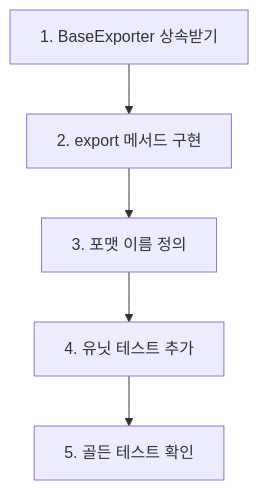
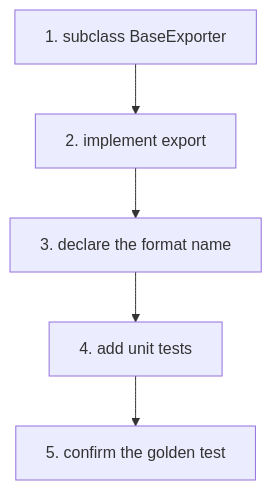
The third of 3 diagrams in AGENTS.md (kpubdata-lab/kpubdata-builder), drawn with Mermaid before and after one commit. The commit also changed other lines of this file, not shown here.

````diff
--- a/AGENTS.md
+++ b/AGENTS.md
@@ -214,7 +240,7 @@
 ```mermaid
 flowchart TD
-    Step1[1. BaseExporter 상속받기] --> Step2[2. export 메서드 구현]
-    Step2 --> Step3[3. 포맷 이름 정의]
-    Step3 --> Step4[4. 유닛 테스트 추가]
-    Step4 --> Step5[5. 골든 테스트 확인]
+    Step1[1. subclass BaseExporter] --> Step2[2. implement export]
+    Step2 --> Step3[3. declare the format name]
+    Step3 --> Step4[4. add unit tests]
+    Step4 --> Step5[5. confirm the golden test]
 ```
````
